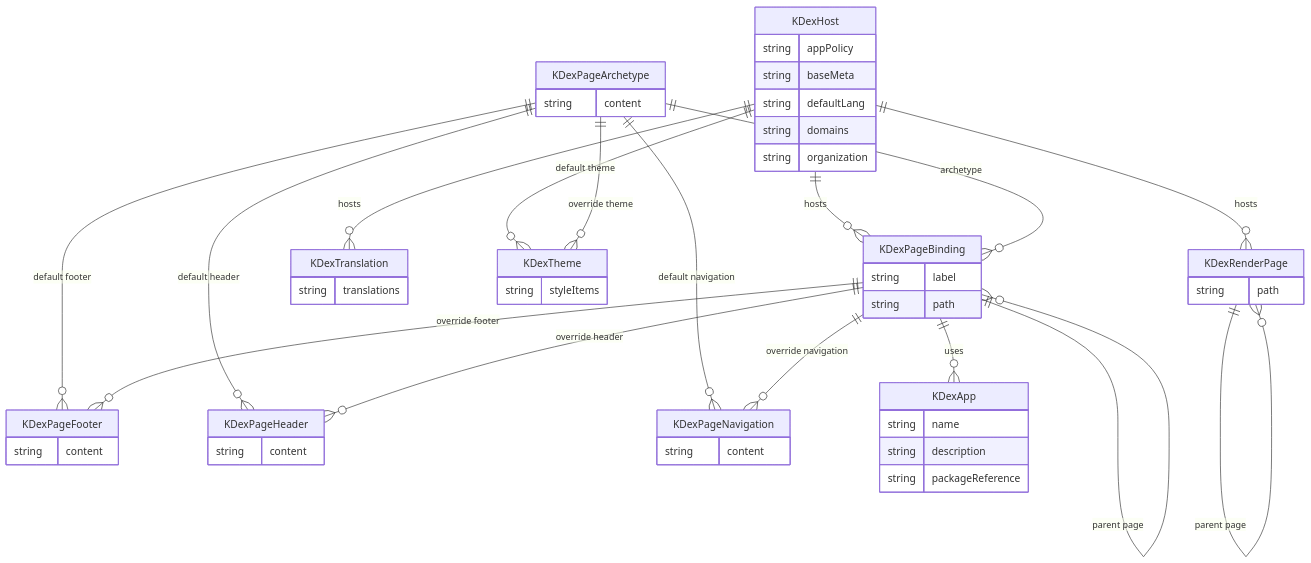
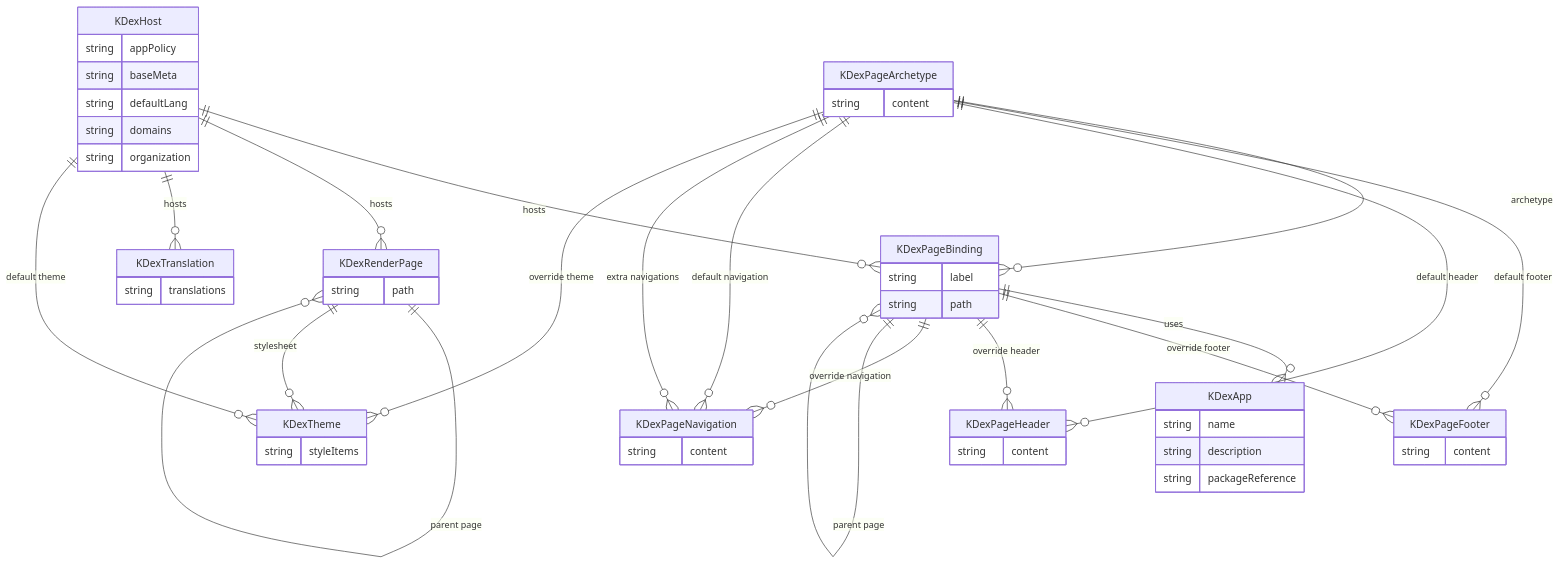
Before and after one commit to kdex-tech/kdex-crds: the diagram in CRD_RELATIONSHIPS.md, drawn with Mermaid.

Commit message:
update diagram

````diff
--- a/CRD_RELATIONSHIPS.md
+++ b/CRD_RELATIONSHIPS.md
@@ -5,68 +5,70 @@
 ```mermaid
 erDiagram
     KDexHost ||--o{ KDexPageBinding : "hosts"
     KDexHost ||--o{ KDexRenderPage : "hosts"
     KDexHost ||--o{ KDexTranslation : "hosts"
     KDexHost ||--o{ KDexTheme : "default theme"
 
     KDexPageArchetype ||--o{ KDexPageBinding : "archetype"
     KDexPageArchetype ||--o{ KDexPageFooter : "default footer"
     KDexPageArchetype ||--o{ KDexPageHeader : "default header"
     KDexPageArchetype ||--o{ KDexPageNavigation : "default navigation"
+    KDexPageArchetype ||--o{ KDexPageNavigation : "extra navigations"
     KDexPageArchetype ||--o{ KDexTheme : "override theme"
 
     KDexPageBinding ||--o{ KDexApp : "uses"
     KDexPageBinding ||--o{ KDexPageFooter : "override footer"
     KDexPageBinding ||--o{ KDexPageHeader : "override header"
     KDexPageBinding ||--o{ KDexPageNavigation : "override navigation"
     KDexPageBinding ||--o{ KDexPageBinding : "parent page"
 
     KDexRenderPage ||--o{ KDexRenderPage : "parent page"
+    KDexRenderPage ||--o{ KDexTheme : "stylesheet"
 
     KDexApp {
         string name
         string description
         string packageReference
     }
 
     KDexHost {
         string appPolicy
         string baseMeta
         string defaultLang
         string domains
         string organization
     }
 
     KDexPageArchetype {
         string content
     }
 
     KDexPageBinding {
         string label
         string path
     }
 
     KDexPageFooter {
         string content
     }
 
     KDexPageHeader {
         string content
     }
 
     KDexPageNavigation {
         string content
     }
 
     KDexRenderPage {
         string path
     }
 
     KDexTheme {
         string styleItems
     }
 
     KDexTranslation {
         string translations
     }
 ```
````
